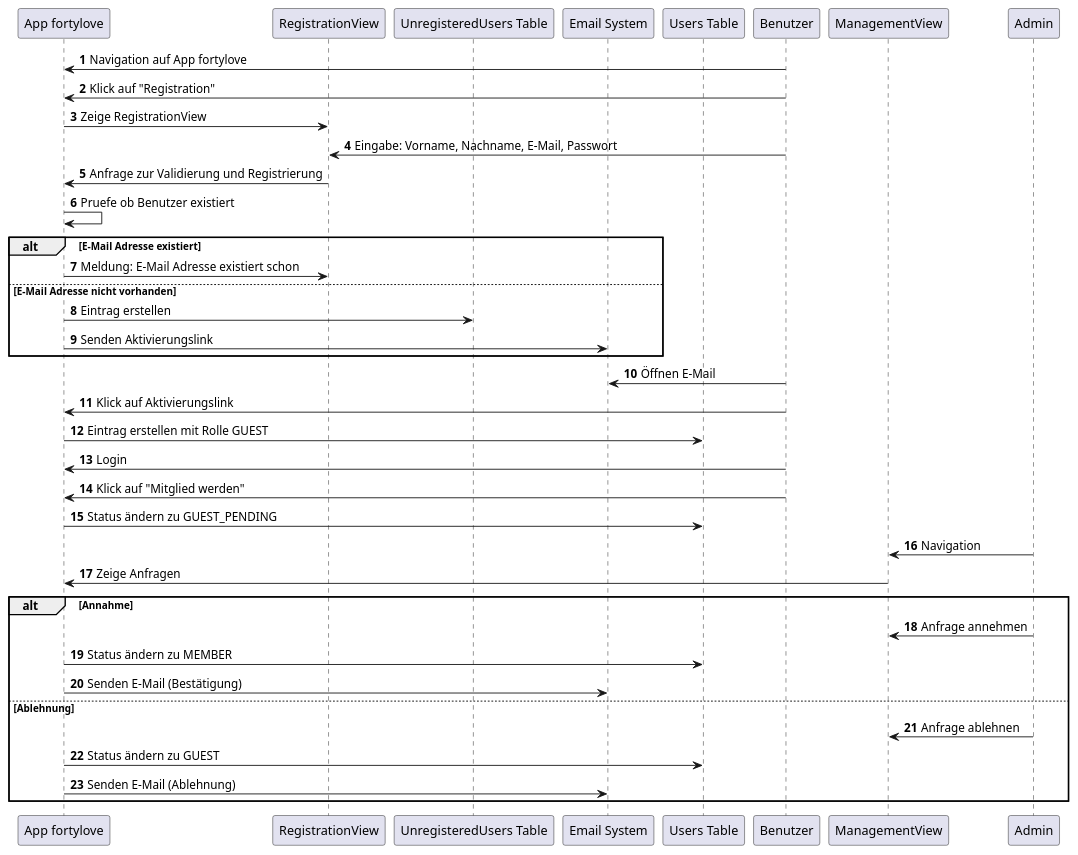
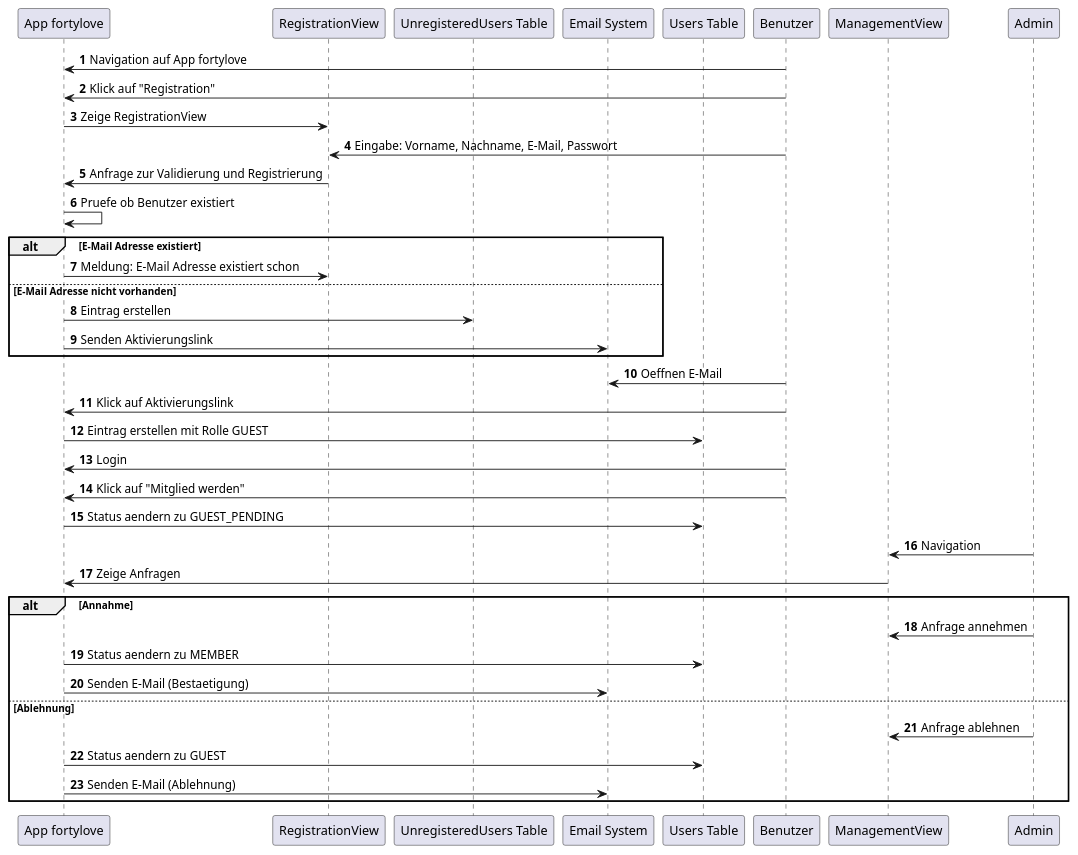
One commit to incrediblybadcoder/fortylove changed the diagram in documents/design/usecases/UnregisteredUser/SD4_Gast_wird_Mitglied.puml. Above: the diagram before and after it, drawn with PlantUML.

Commit message:
#249 - Umlaute entfernt

```diff
--- a/documents/design/usecases/UnregisteredUser/SD4_Gast_wird_Mitglied.puml
+++ b/documents/design/usecases/UnregisteredUser/SD4_Gast_wird_Mitglied.puml
@@ -1,42 +1,42 @@
 @startuml
 autonumber
 participant "App fortylove" as App
 participant "RegistrationView" as RegView
 participant "UnregisteredUsers Table" as UnregTab
 participant "Email System" as Email
 participant "Users Table" as UsersTab
 participant "Benutzer" as User
 participant "ManagementView" as ManView
 participant "Admin" as Admin
 
 User -> App : Navigation auf App fortylove
 User -> App : Klick auf "Registration"
 App -> RegView : Zeige RegistrationView
 User -> RegView : Eingabe: Vorname, Nachname, E-Mail, Passwort
 RegView -> App : Anfrage zur Validierung und Registrierung
 App -> App : Pruefe ob Benutzer existiert
 alt E-Mail Adresse existiert
     App -> RegView : Meldung: E-Mail Adresse existiert schon
 else E-Mail Adresse nicht vorhanden
     App -> UnregTab : Eintrag erstellen
     App -> Email : Senden Aktivierungslink
 end
-User -> Email : Öffnen E-Mail
+User -> Email : Oeffnen E-Mail
 User -> App : Klick auf Aktivierungslink
 App -> UsersTab : Eintrag erstellen mit Rolle GUEST
 User -> App : Login
 User -> App : Klick auf "Mitglied werden"
-App -> UsersTab : Status ändern zu GUEST_PENDING
+App -> UsersTab : Status aendern zu GUEST_PENDING
 Admin -> ManView : Navigation
 ManView -> App : Zeige Anfragen
 alt Annahme
     Admin -> ManView : Anfrage annehmen
-    App -> UsersTab : Status ändern zu MEMBER
-    App -> Email : Senden E-Mail (Bestätigung)
+    App -> UsersTab : Status aendern zu MEMBER
+    App -> Email : Senden E-Mail (Bestaetigung)
 else Ablehnung
     Admin -> ManView : Anfrage ablehnen
-    App -> UsersTab : Status ändern zu GUEST
+    App -> UsersTab : Status aendern zu GUEST
     App -> Email : Senden E-Mail (Ablehnung)
 end
 
 @enduml
```
